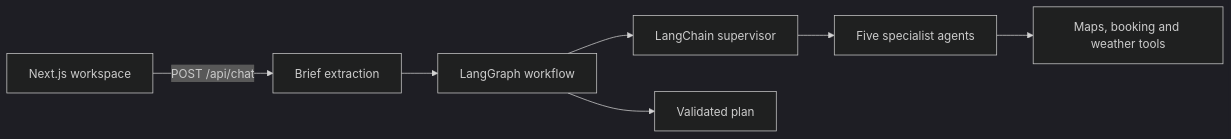
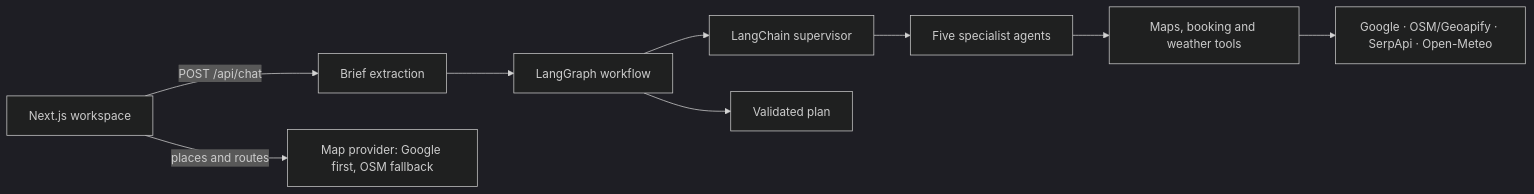
The diagram in README.md (Lilstanie/AI_TRIP_PLANNER), drawn with Mermaid (dark theme) before and after one commit. The commit also changed other lines of this file and 83 other files, not shown here.

First line of the commit message:
TP-203 docs: bring the architecture diagrams and READMEs in line with main (#848)

````diff
--- a/README.md
+++ b/README.md
@@ -38,9 +38,11 @@
 ```mermaid
 flowchart LR
     UI[Next.js workspace] -->|POST /api/chat| CHAT[Brief extraction]
     CHAT --> WF[LangGraph workflow]
     WF --> SUP[LangChain supervisor]
     SUP --> SPEC[Five specialist agents]
     SPEC --> TOOLS[Maps, booking and weather tools]
+    TOOLS --> DATA[Google · OSM/Geoapify · SerpApi · Open-Meteo]
     WF --> PLAN[Validated plan]
+    UI -->|places and routes| MAP[Map provider: Google first, OSM fallback]
 ```
````
